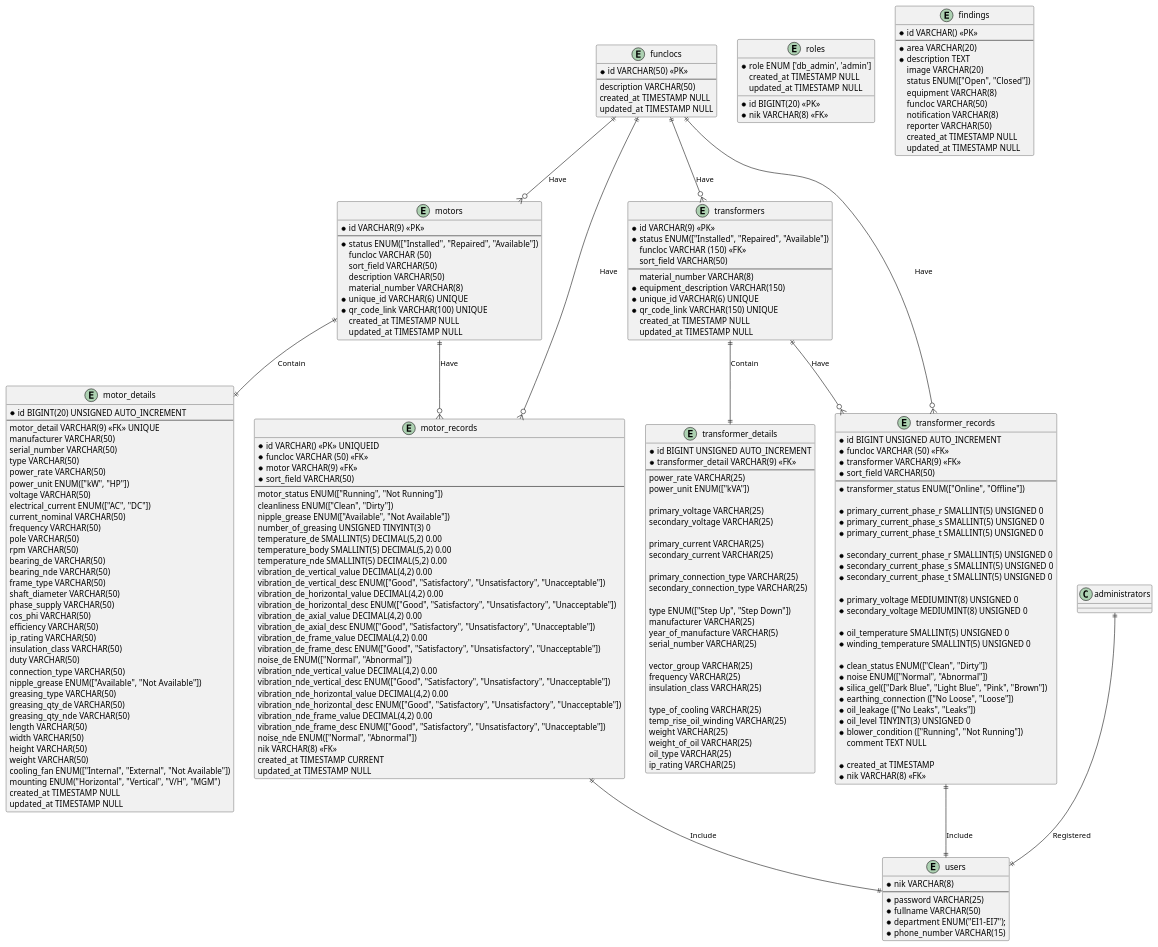
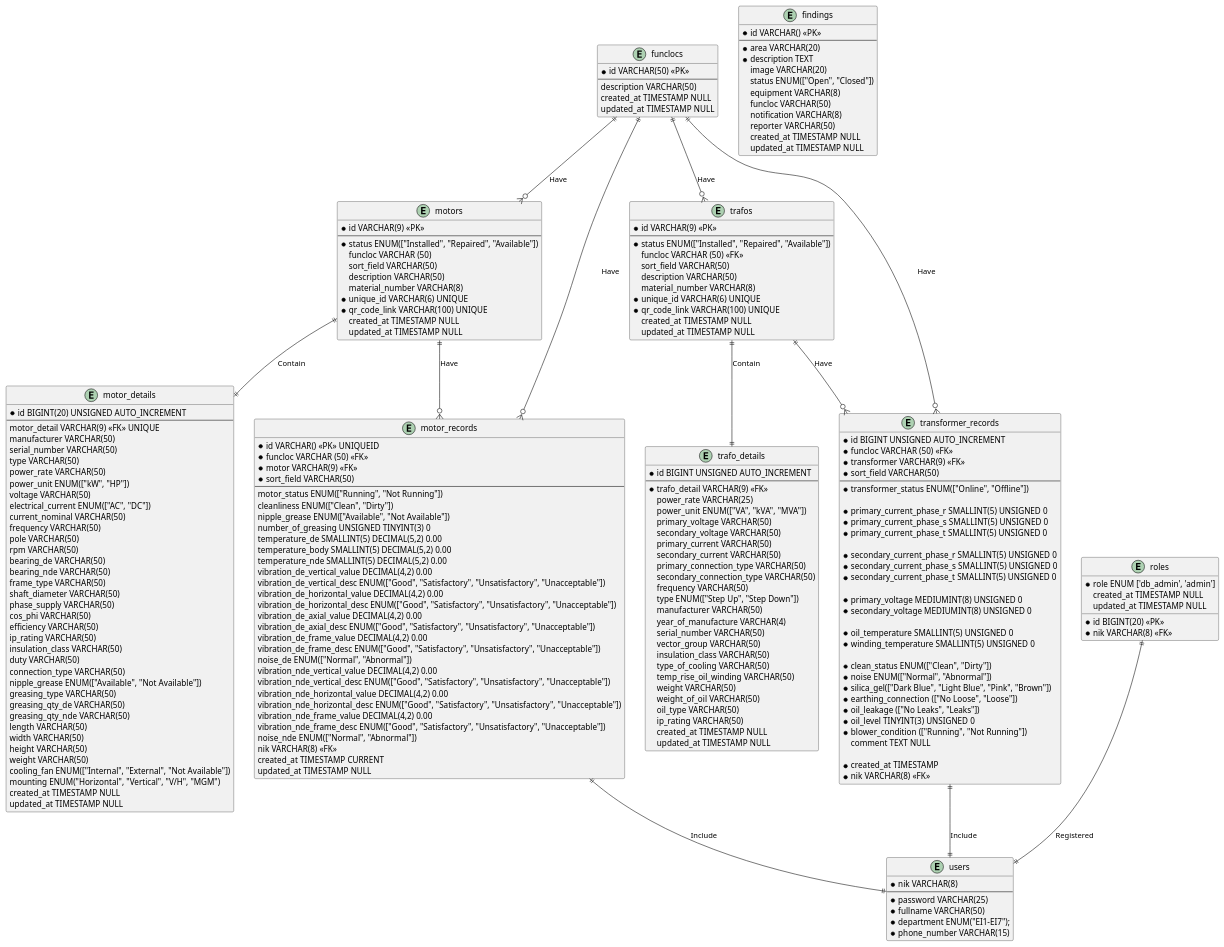
Before and after one commit to doniduaasattuu/fajar-e-maintenance: the diagram in docs/fajar_e_maintenance.puml, drawn with PlantUML. The commit also changed 17 other files, not shown here.

Commit message:
create trafo & trafo detail migration and seeder

```diff
--- a/docs/fajar_e_maintenance.puml
+++ b/docs/fajar_e_maintenance.puml
@@ -130,51 +130,47 @@
     updated_at TIMESTAMP NULL
 }
 
-entity transformers {
+entity trafos {
     * id VARCHAR(9) <<PK>>
+    --
     * status ENUM(["Installed", "Repaired", "Available"])
-      funcloc VARCHAR (150) <<FK>>
+      funcloc VARCHAR (50) <<FK>>
       sort_field VARCHAR(50)
-    --
+      description VARCHAR(50)
       material_number VARCHAR(8)
-    * equipment_description VARCHAR(150)
     * unique_id VARCHAR(6) UNIQUE
-    * qr_code_link VARCHAR(150) UNIQUE
+    * qr_code_link VARCHAR(100) UNIQUE
       created_at TIMESTAMP NULL
       updated_at TIMESTAMP NULL
 }
 
-entity transformer_details {
+entity trafo_details {
     * id BIGINT UNSIGNED AUTO_INCREMENT
-    * transformer_detail VARCHAR(9) <<FK>>
     --
+    * trafo_detail VARCHAR(9) <<FK>>
     power_rate VARCHAR(25)
-    power_unit ENUM(["kVA"])
-
-    primary_voltage VARCHAR(25)
-    secondary_voltage VARCHAR(25)
-    
-    primary_current VARCHAR(25)
-    secondary_current VARCHAR(25)
-    
-    primary_connection_type VARCHAR(25)
-    secondary_connection_type VARCHAR(25)
-    
+    power_unit ENUM(["VA", "kVA", "MVA"])
+    primary_voltage VARCHAR(50)
+    secondary_voltage VARCHAR(50)  
+    primary_current VARCHAR(50)
+    secondary_current VARCHAR(50)
+    primary_connection_type VARCHAR(50)
+    secondary_connection_type VARCHAR(50)
+    frequency VARCHAR(50)
     type ENUM(["Step Up", "Step Down"])
-    manufacturer VARCHAR(25)
-    year_of_manufacture VARCHAR(5)
-    serial_number VARCHAR(25)
-
-    vector_group VARCHAR(25)
-    frequency VARCHAR(25)
-    insulation_class VARCHAR(25)
-
-    type_of_cooling VARCHAR(25)
-    temp_rise_oil_winding VARCHAR(25)
-    weight VARCHAR(25)
-    weight_of_oil VARCHAR(25)
-    oil_type VARCHAR(25)
-    ip_rating VARCHAR(25)
+    manufacturer VARCHAR(50)
+    year_of_manufacture VARCHAR(4)
+    serial_number VARCHAR(50)
+    vector_group VARCHAR(50)
+    insulation_class VARCHAR(50)
+    type_of_cooling VARCHAR(50)
+    temp_rise_oil_winding VARCHAR(50)
+    weight VARCHAR(50)
+    weight_of_oil VARCHAR(50)
+    oil_type VARCHAR(50)
+    ip_rating VARCHAR(50)
+    created_at TIMESTAMP NULL
+    updated_at TIMESTAMP NULL
 }
 
 entity transformer_records {
@@ -217,12 +213,12 @@
 motors ||--o{ motor_records : Have
 motors ||--|| motor_details : Contain
 motor_records ||--|| users : Include
-administrators ||--|| users : Registered
+roles ||--|| users : Registered
 
-funclocs ||--o{ transformers : Have
+funclocs ||--o{ trafos : Have
 funclocs ||--o{ transformer_records : Have
-transformers ||--o{ transformer_records : Have
-transformers ||--|| transformer_details : Contain
+trafos ||--o{ transformer_records : Have
+trafos ||--|| trafo_details : Contain
 transformer_records ||--|| users : Include
 
 
```
